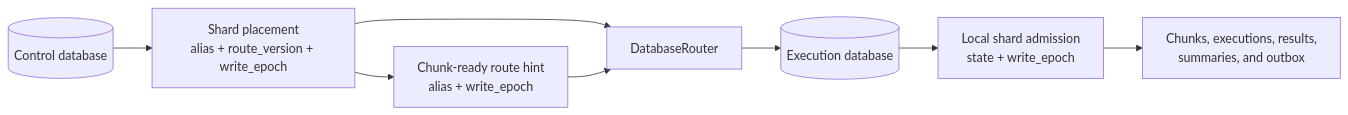
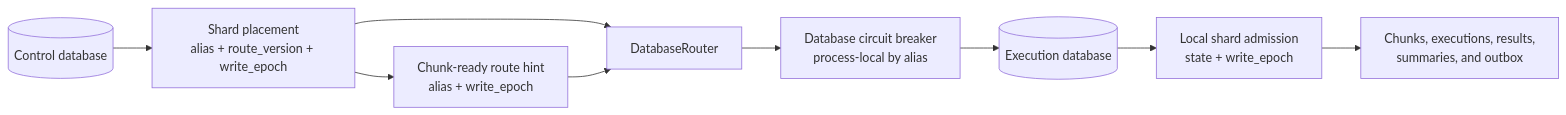
The first of 4 diagrams in web/docs/architecture/scaling/index.mdx (gregl83/agent-vigilo), drawn with Mermaid before and after one commit. The commit also changed other lines of this file and 26 other files, not shown here.

````diff
--- a/web/docs/architecture/scaling/index.mdx
+++ b/web/docs/architecture/scaling/index.mdx
@@ -25,14 +25,15 @@
 ```mermaid
 flowchart LR
     control[("Control database")]
     route["Shard placement<br/>alias + route_version + write_epoch"]
     router["DatabaseRouter"]
+    breaker["Database circuit breaker<br/>process-local by alias"]
     message["Chunk-ready route hint<br/>alias + write_epoch"]
     target[("Execution database")]
     admission["Local shard admission<br/>state + write_epoch"]
     data["Chunks, executions, results,<br/>summaries, and outbox"]
 
-    control --> route --> router --> target
+    control --> route --> router --> breaker --> target
     route --> message --> router
     target --> admission --> data
 ```
````
